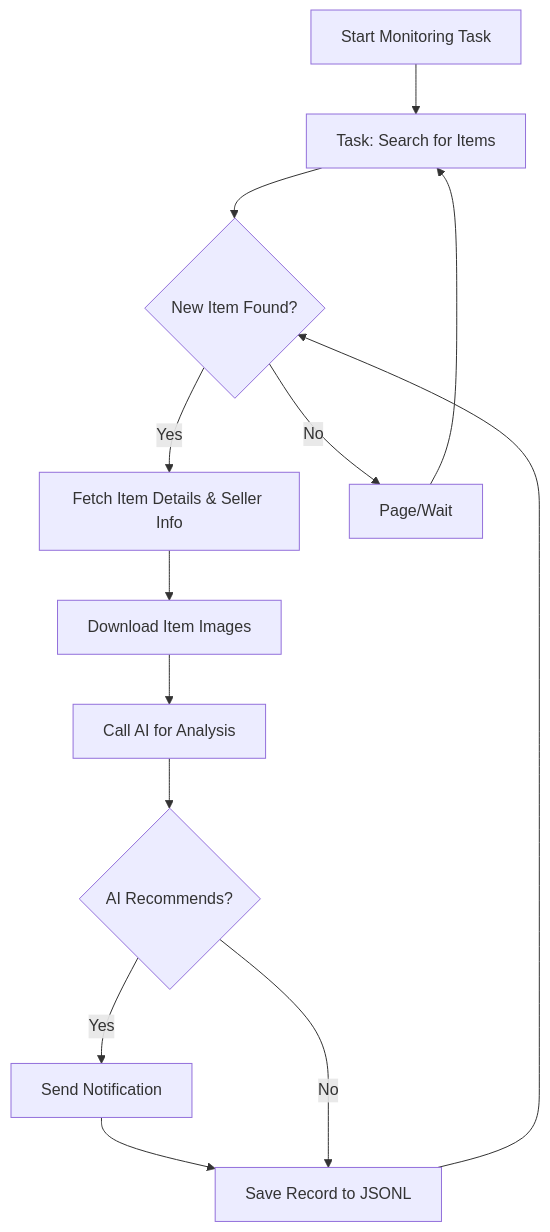
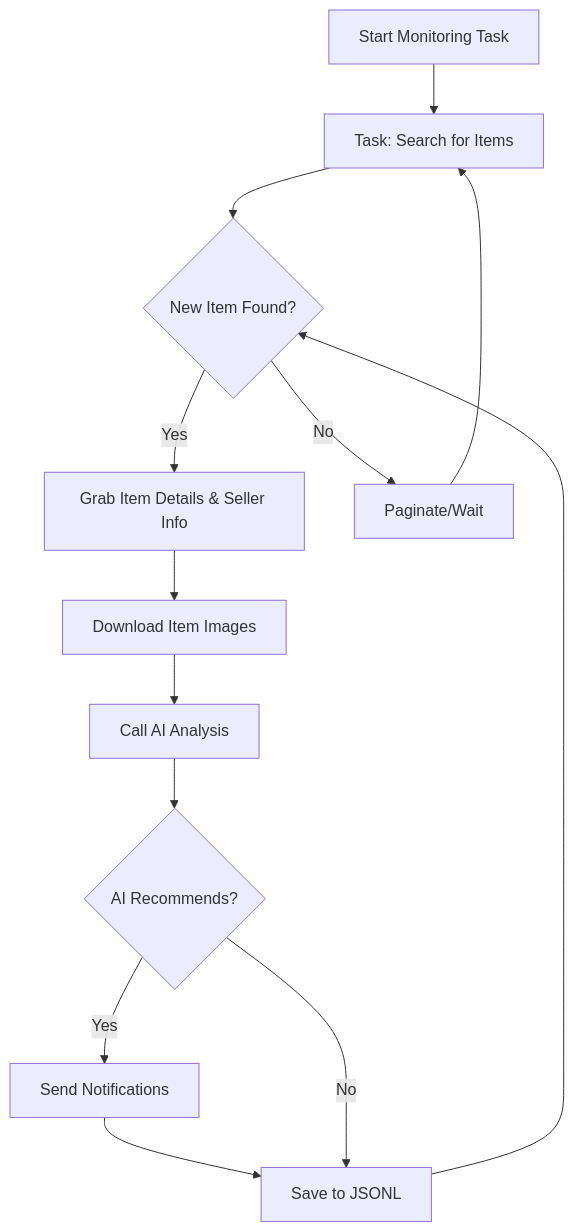
The diagram in docs/dingyufei615-ai-goofish-monitor.md (saurav-z/repo-docs), drawn with Mermaid before and after one commit. The commit also changed other lines of this file and 214 other files, not shown here.

````diff
--- a/docs/dingyufei615-ai-goofish-monitor.md
+++ b/docs/dingyufei615-ai-goofish-monitor.md
@@ -218,15 +148,15 @@
 ```mermaid
 graph TD
     A[Start Monitoring Task] --> B[Task: Search for Items];
     B --> C{New Item Found?};
-    C -- Yes --> D[Fetch Item Details & Seller Info];
+    C -- Yes --> D[Grab Item Details & Seller Info];
     D --> E[Download Item Images];
-    E --> F[Call AI for Analysis];
+    E --> F[Call AI Analysis];
     F --> G{AI Recommends?};
-    G -- Yes --> H[Send Notification];
-    H --> I[Save Record to JSONL];
+    G -- Yes --> H[Send Notifications];
+    H --> I[Save to JSONL];
     G -- No --> I;
-    C -- No --> J[Page/Wait];
+    C -- No --> J[Paginate/Wait];
     J --> B;
     I --> C;
 ```
````
